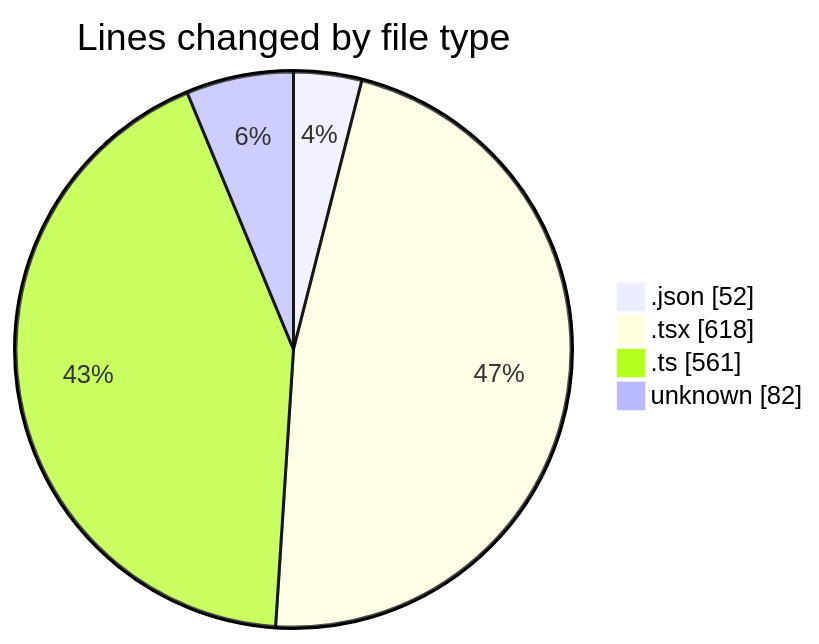
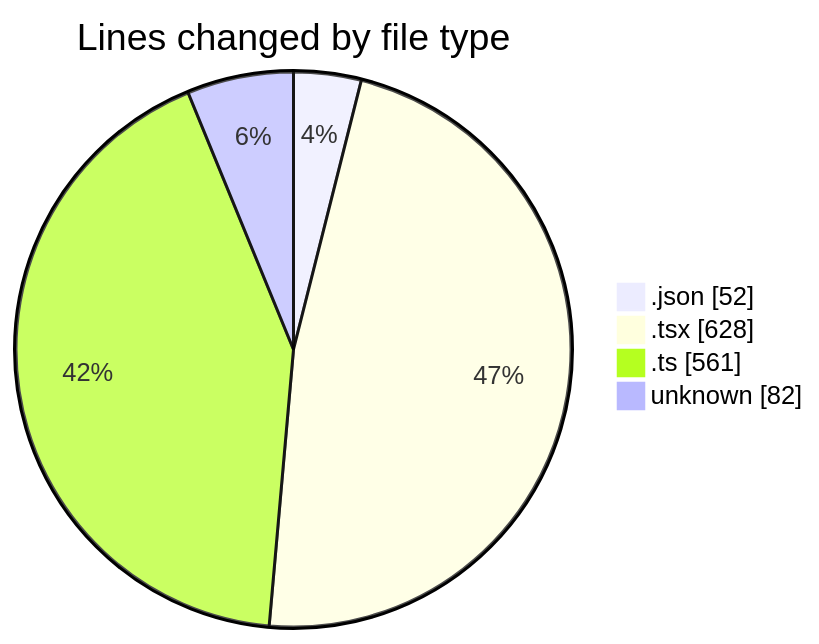
One commit to julien-gomy/code-tracking changed the first of 2 diagrams in 2025-10-29/eventscop-frontend-guide__workspace_/README.md. Above: the diagram before and after it, drawn with Mermaid. The commit also changed other lines of this file and 1 other file, not shown here.

````diff
--- a/2025-10-29/eventscop-frontend-guide__workspace_/README.md
+++ b/2025-10-29/eventscop-frontend-guide__workspace_/README.md
@@ -34,8 +34,8 @@
 ```mermaid
 pie showData
 title Lines changed by file type
 ".json" : 52
-".tsx" : 618
+".tsx" : 628
 ".ts" : 561
 "unknown" : 82
 ```
````
